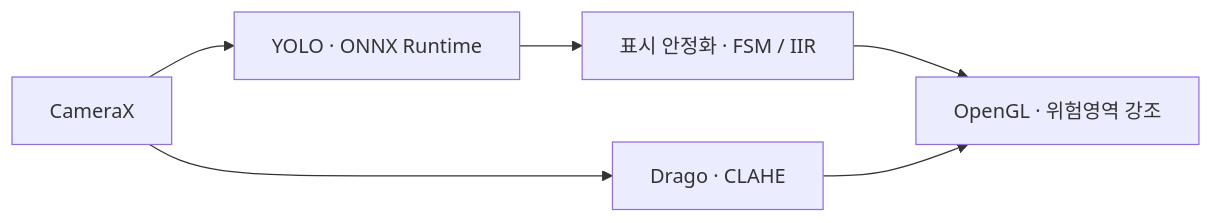
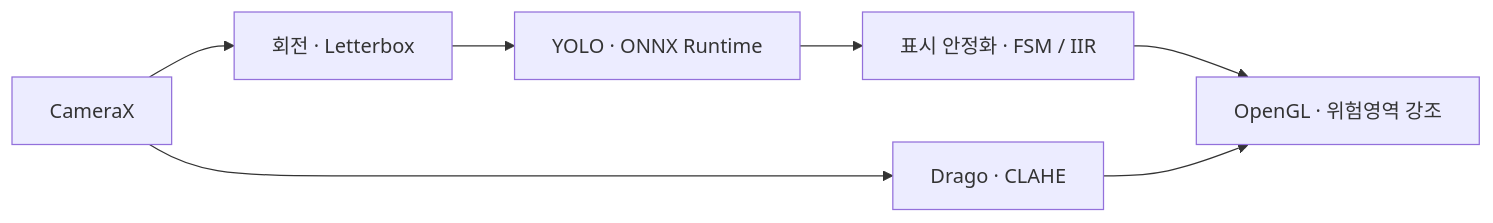
Before and after one commit to grkygrt1476/bammasil: the diagram in README.md, drawn with Mermaid. The commit also changed other lines of this file and 2 other files, not shown here.

Commit message:
Expand project work and present YOLO26 comparison as charts

````diff
--- a/README.md
+++ b/README.md
@@ -41,8 +41,9 @@
 ```mermaid
 flowchart LR
-    camera["CameraX"] --> detect["YOLO · ONNX Runtime"]
+    camera["CameraX"] --> preprocess["회전 · Letterbox"]
+    preprocess --> detect["YOLO · ONNX Runtime"]
     camera --> enhance["Drago · CLAHE"]
     detect --> stabilize["표시 안정화 · FSM / IIR"]
     stabilize --> render["OpenGL · 위험영역 강조"]
     enhance --> render
 ```
````
